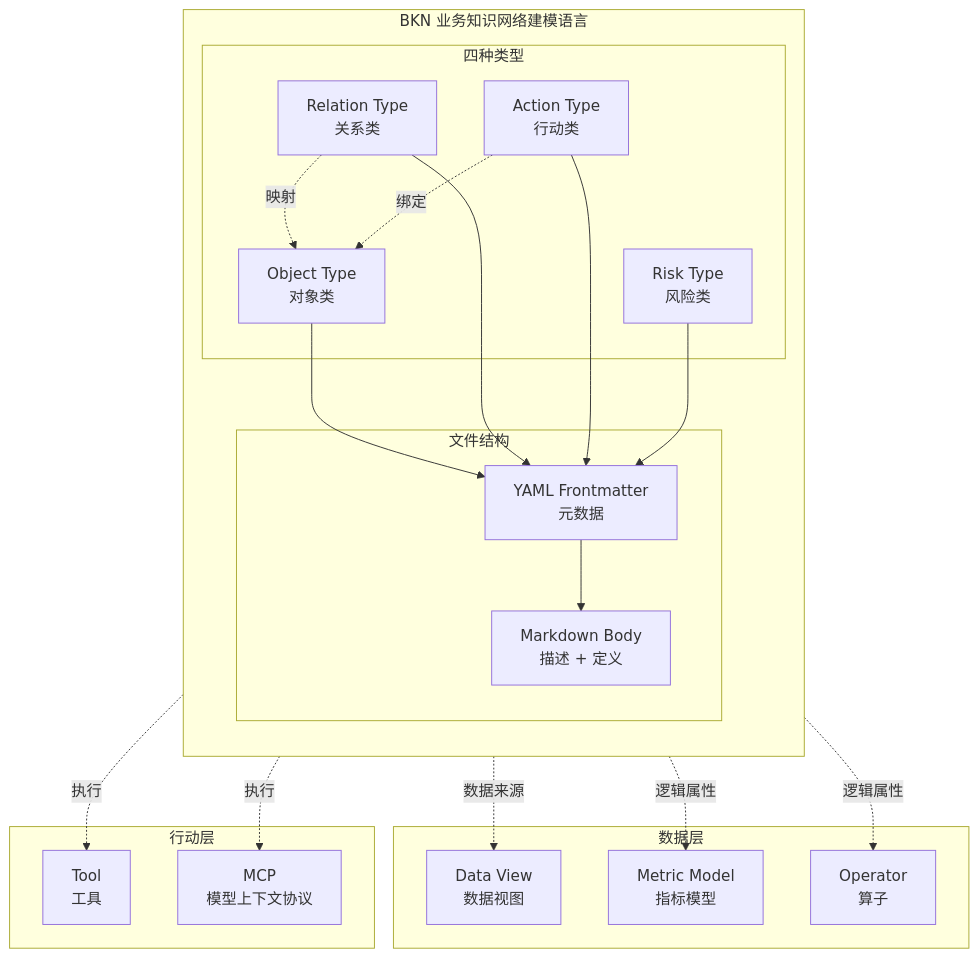
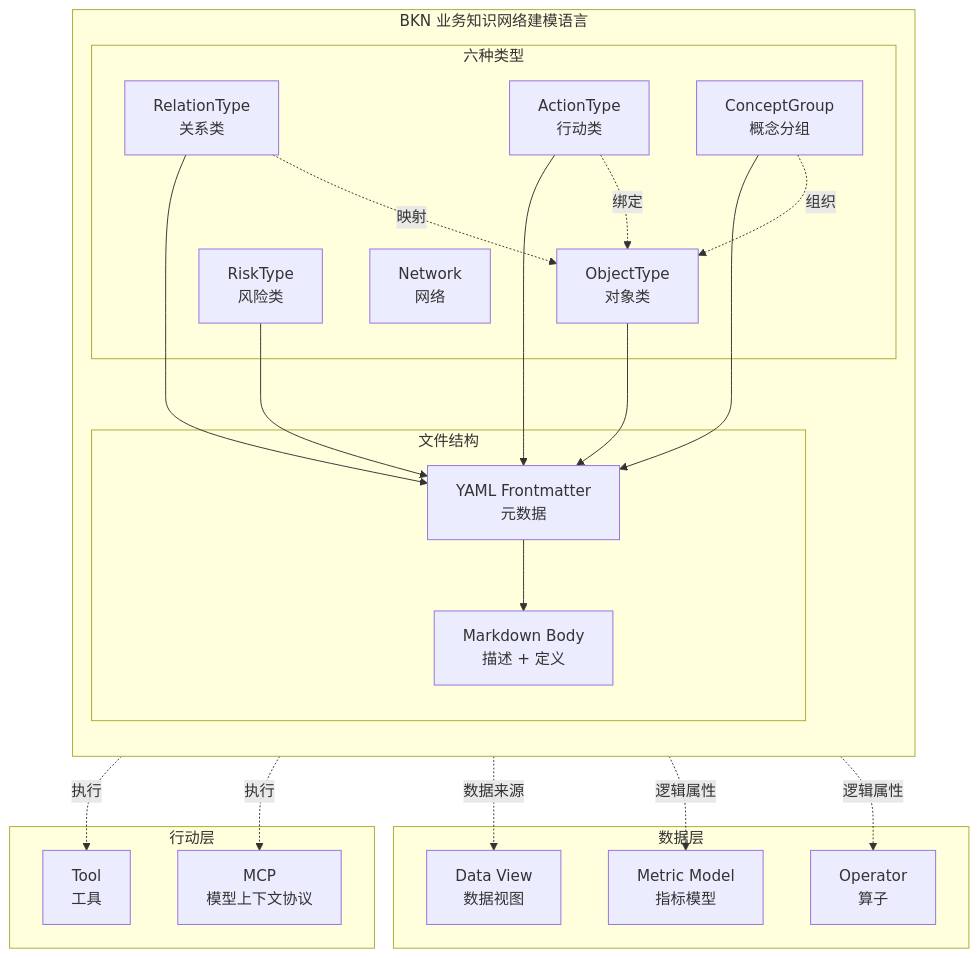
One commit to hhthxt/bkn-specification changed the first of 6 diagrams in docs/ARCHITECTURE.md. Above: the diagram before and after it, drawn with Mermaid. The commit also changed other lines of this file and 3 other files, not shown here.

````diff
--- a/docs/ARCHITECTURE.md
+++ b/docs/ARCHITECTURE.md
@@ -15,43 +14,47 @@
 ```mermaid
 flowchart TB
     subgraph BKN_Language["BKN 业务知识网络建模语言"]
         direction TB
-        
-        subgraph Types["四种类型"]
-            Object["Object Type<br/>对象类"]
-            Relation["Relation Type<br/>关系类"]
-            Action["Action Type<br/>行动类"]
-            Risk["Risk Type<br/>风险类"]
+
+        subgraph Types["六种类型"]
+            Object["ObjectType<br/>对象类"]
+            Relation["RelationType<br/>关系类"]
+            Action["ActionType<br/>行动类"]
+            Risk["RiskType<br/>风险类"]
+            ConceptGroup["ConceptGroup<br/>概念分组"]
+            Network["Network<br/>网络"]
         end
-        
+
         subgraph Structure["文件结构"]
             Frontmatter["YAML Frontmatter<br/>元数据"]
             Body["Markdown Body<br/>描述 + 定义"]
         end
-        
+
         Object --> Frontmatter
         Relation --> Frontmatter
         Action --> Frontmatter
         Risk --> Frontmatter
+        ConceptGroup --> Frontmatter
         Frontmatter --> Body
     end
-    
+
     subgraph DataLayer["数据层"]
         DataView["Data View<br/>数据视图"]
         MetricModel["Metric Model<br/>指标模型"]
         Operator["Operator<br/>算子"]
     end
-    
+
     subgraph ActionLayer["行动层"]
         Tool["Tool<br/>工具"]
         MCP["MCP<br/>模型上下文协议"]
     end
-    
+
     Object -.->|数据来源| DataView
     Object -.->|逻辑属性| MetricModel
     Object -.->|逻辑属性| Operator
     Relation -.->|映射| Object
     Action -.->|绑定| Object
     Action -.->|执行| Tool
     Action -.->|执行| MCP
+    ConceptGroup -.->|组织| Object
 ```
````
